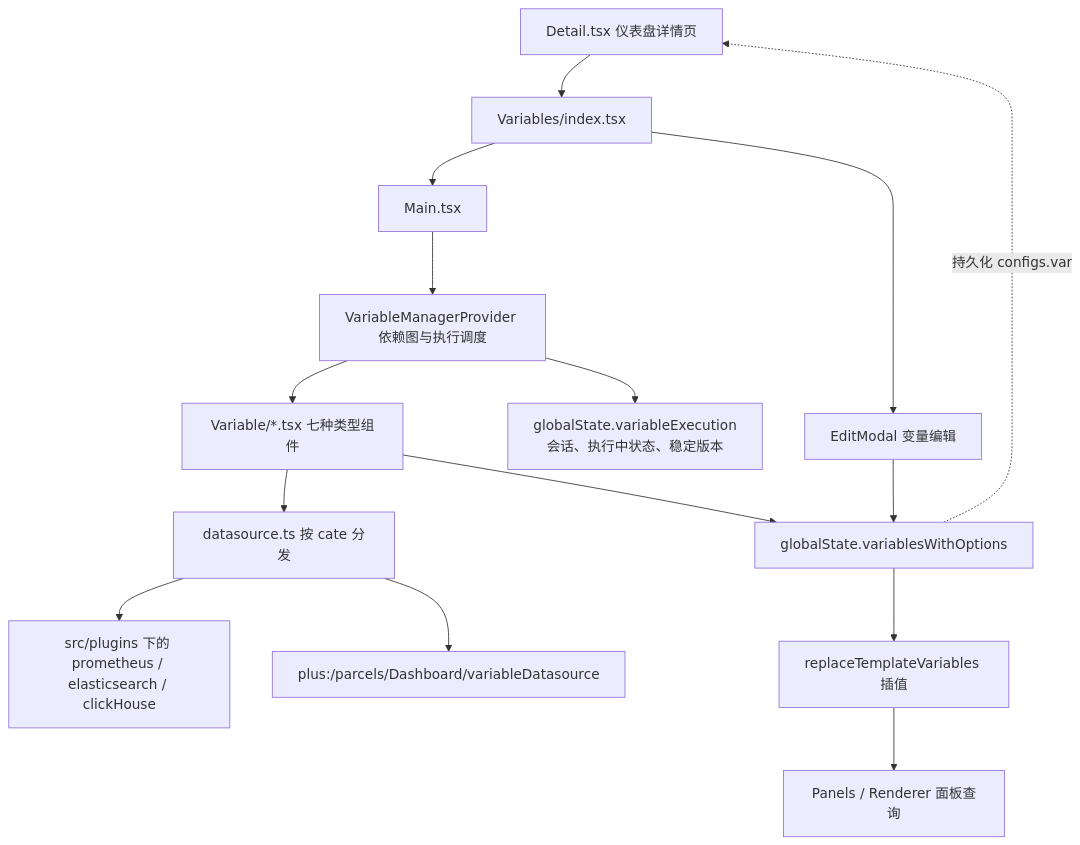
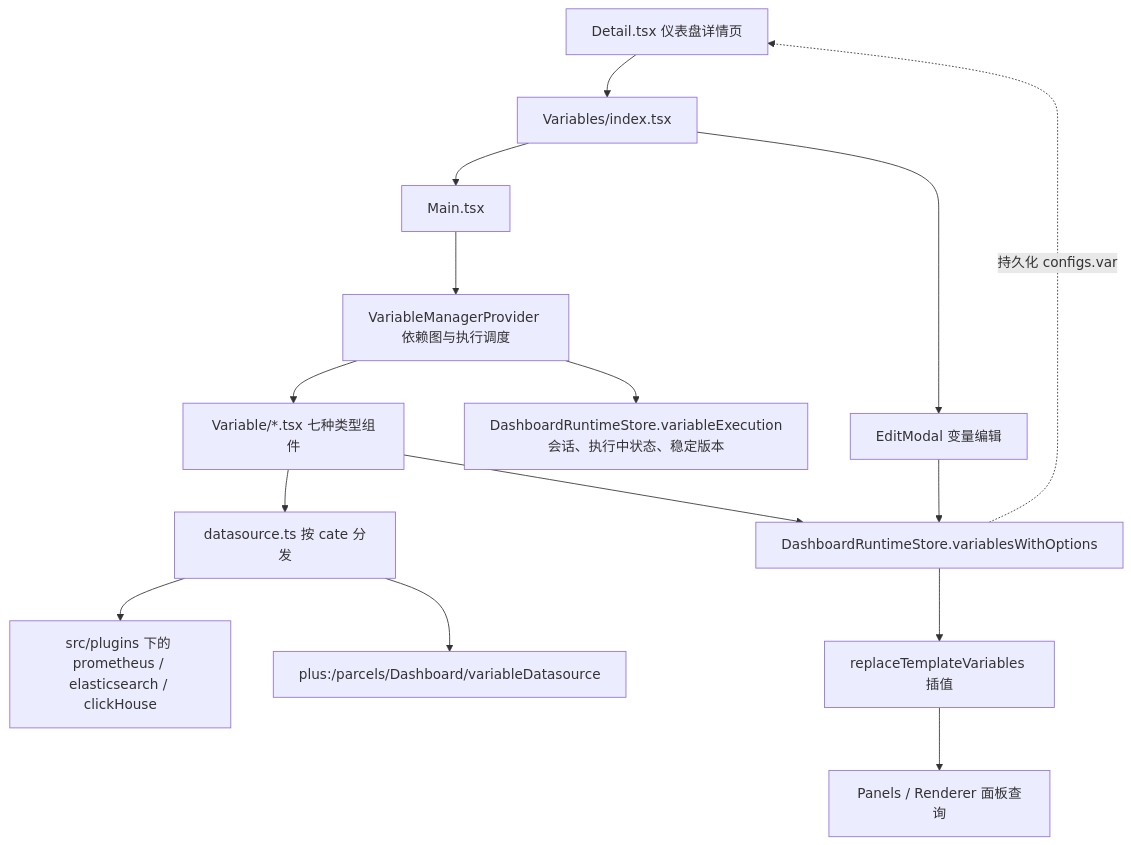
The first of 4 diagrams in src/pages/dashboard/VARIABLES.md (n9e/fe), drawn with Mermaid before and after one commit. The commit also changed other lines of this file and 122 other files, not shown here.

First line of the commit message:
refactor(dashboard): extract panel registry and isolate runtime state

````diff
--- a/src/pages/dashboard/VARIABLES.md
+++ b/src/pages/dashboard/VARIABLES.md
@@ -50,17 +50,17 @@
 ```mermaid
 flowchart TD
   Detail["Detail.tsx 仪表盘详情页"] --> Entry["Variables/index.tsx"]
   Entry --> MainComp["Main.tsx"]
   Entry --> Edit["EditModal 变量编辑"]
   MainComp --> Provider["VariableManagerProvider 依赖图与执行调度"]
   Provider --> VarComp["Variable/*.tsx 七种类型组件"]
   VarComp --> Dispatch["datasource.ts 按 cate 分发"]
   Dispatch --> Builtin["src/plugins 下的 prometheus / elasticsearch / clickHouse"]
   Dispatch --> Plus["plus:/parcels/Dashboard/variableDatasource"]
-  VarComp --> Store["globalState.variablesWithOptions"]
-  Provider --> Execution["globalState.variableExecution\n会话、执行中状态、稳定版本"]
+  VarComp --> Store["DashboardRuntimeStore.variablesWithOptions"]
+  Provider --> Execution["DashboardRuntimeStore.variableExecution\n会话、执行中状态、稳定版本"]
   Edit --> Store
   Store --> Interp["replaceTemplateVariables 插值"]
   Interp --> Render["Panels / Renderer 面板查询"]
   Store -.->|"持久化 configs.var"| Detail
 ```
````
